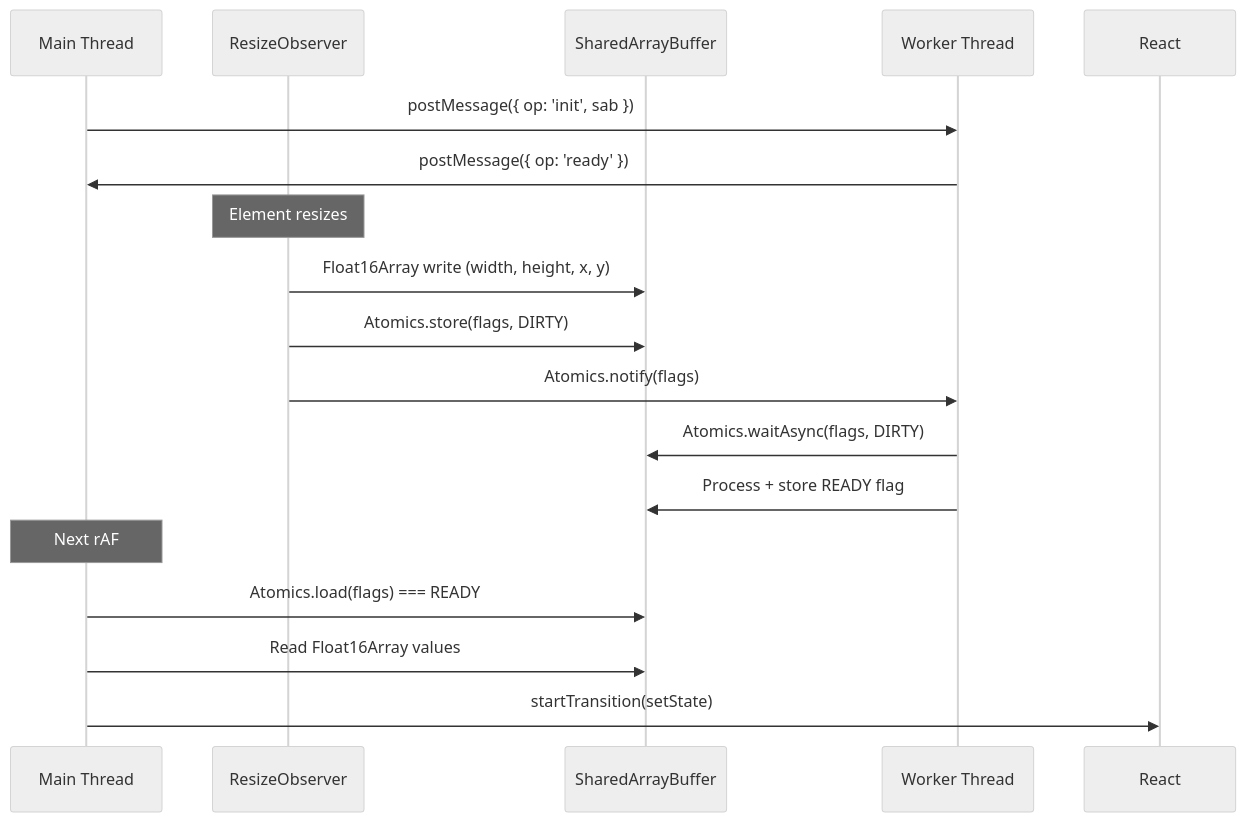
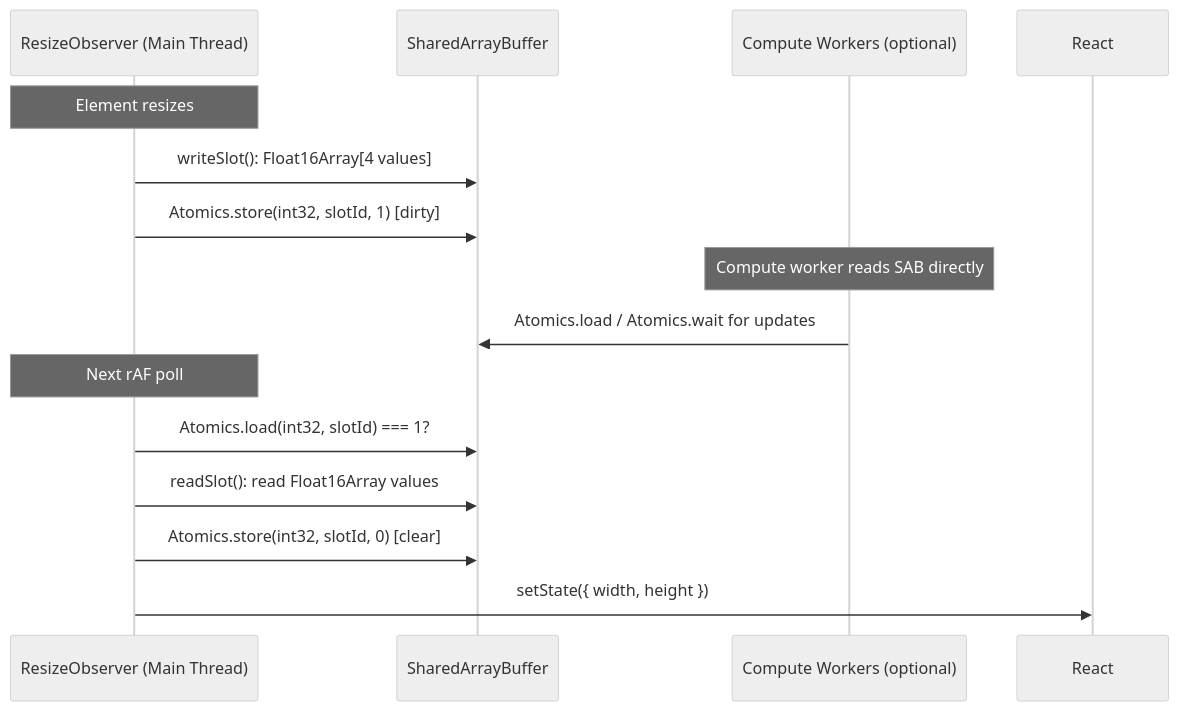
One commit to ABCrimson/use-resize-observer changed the first of 2 diagrams in docs/guide/worker.md. Above: the diagram before and after it, drawn with Mermaid (neutral theme). The commit also changed other lines of this file and 61 other files, not shown here.

````diff
--- a/docs/guide/worker.md
+++ b/docs/guide/worker.md
@@ -127,24 +122,20 @@
 ```mermaid
 sequenceDiagram
-    participant M as Main Thread
-    participant RO as ResizeObserver
+    participant RO as ResizeObserver (Main Thread)
     participant S as SharedArrayBuffer
-    participant W as Worker Thread
+    participant W as Compute Workers (optional)
     participant R as React
 
-    M->>W: postMessage({ op: 'init', sab })
-    W->>M: postMessage({ op: 'ready' })
+    Note over RO: Element resizes
+    RO->>S: writeSlot(): Float16Array[4 values]
+    RO->>S: Atomics.store(int32, slotId, 1) [dirty]
 
-    Note over RO: Element resizes
-    RO->>S: Float16Array write (width, height, x, y)
-    RO->>S: Atomics.store(flags, DIRTY)
-    RO->>W: Atomics.notify(flags)
+    Note over W: Compute worker reads SAB directly
+    W->>S: Atomics.load / Atomics.wait for updates
 
-    W->>S: Atomics.waitAsync(flags, DIRTY)
-    W->>S: Process + store READY flag
-
-    Note over M: Next rAF
-    M->>S: Atomics.load(flags) === READY
-    M->>S: Read Float16Array values
-    M->>R: startTransition(setState)
+    Note over RO: Next rAF poll
+    RO->>S: Atomics.load(int32, slotId) === 1?
+    RO->>S: readSlot(): read Float16Array values
+    RO->>S: Atomics.store(int32, slotId, 0) [clear]
+    RO->>R: setState({ width, height })
 ```
````
